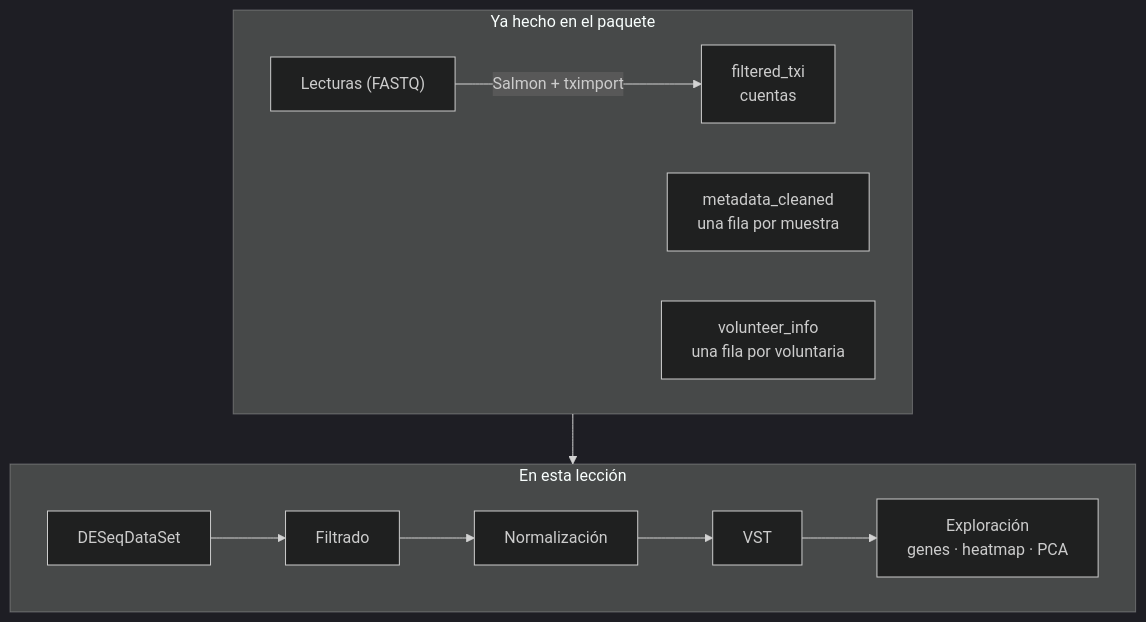
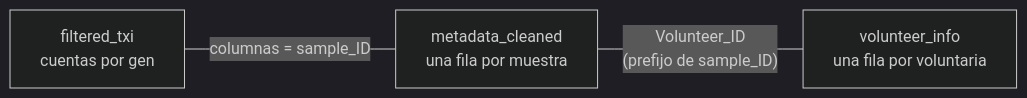
The first of 2 diagrams in articles/intro_es.md (EveliaCoss/GeneExprLupusMx), drawn with Mermaid (dark theme) before and after one commit. The commit also changed other lines of this file and 80 other files, not shown here.

````diff
--- a/articles/intro_es.md
+++ b/articles/intro_es.md
@@ -29,19 +94,10 @@
 ``` mermaid
 
-flowchart TB
-  subgraph pre["Ya hecho en el paquete"]
-    direction LR
-    A["Lecturas (FASTQ)"] -- "Salmon + tximport" --> B["filtered_txi
-cuentas"]
-    M["metadata_cleaned
+flowchart LR
+  T["filtered_txi
+cuentas por gen"] -- "columnas = sample_ID" --- M["metadata_cleaned
 una fila por muestra"]
-    V["volunteer_info
+  M -- "Volunteer_ID
+(prefijo de sample_ID)" --- V["volunteer_info
 una fila por voluntaria"]
-  end
-  subgraph lec["En esta lección"]
-    direction LR
-    C["DESeqDataSet"] --> D["Filtrado"] --> E["Normalización"] --> F["VST"] --> G["Exploración
-genes · heatmap · PCA"]
-  end
-  pre --> lec
 ```
````
